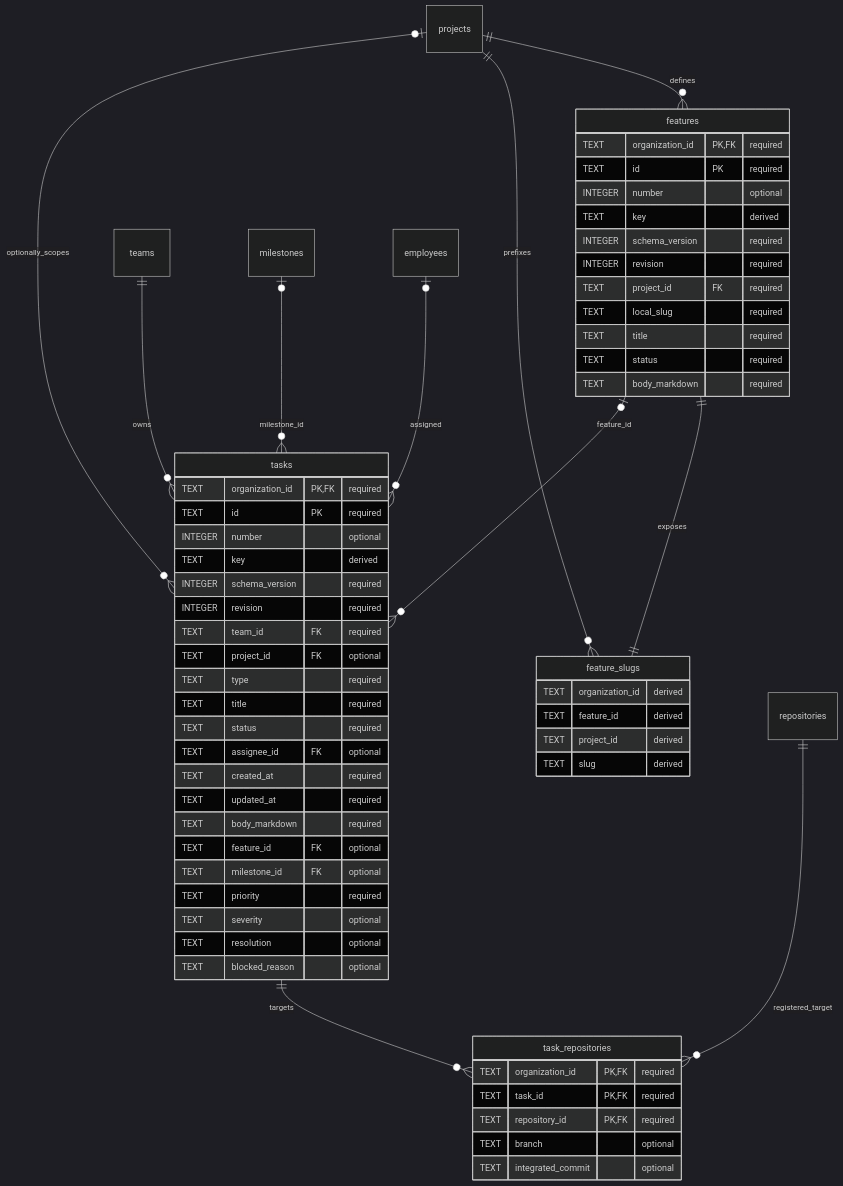
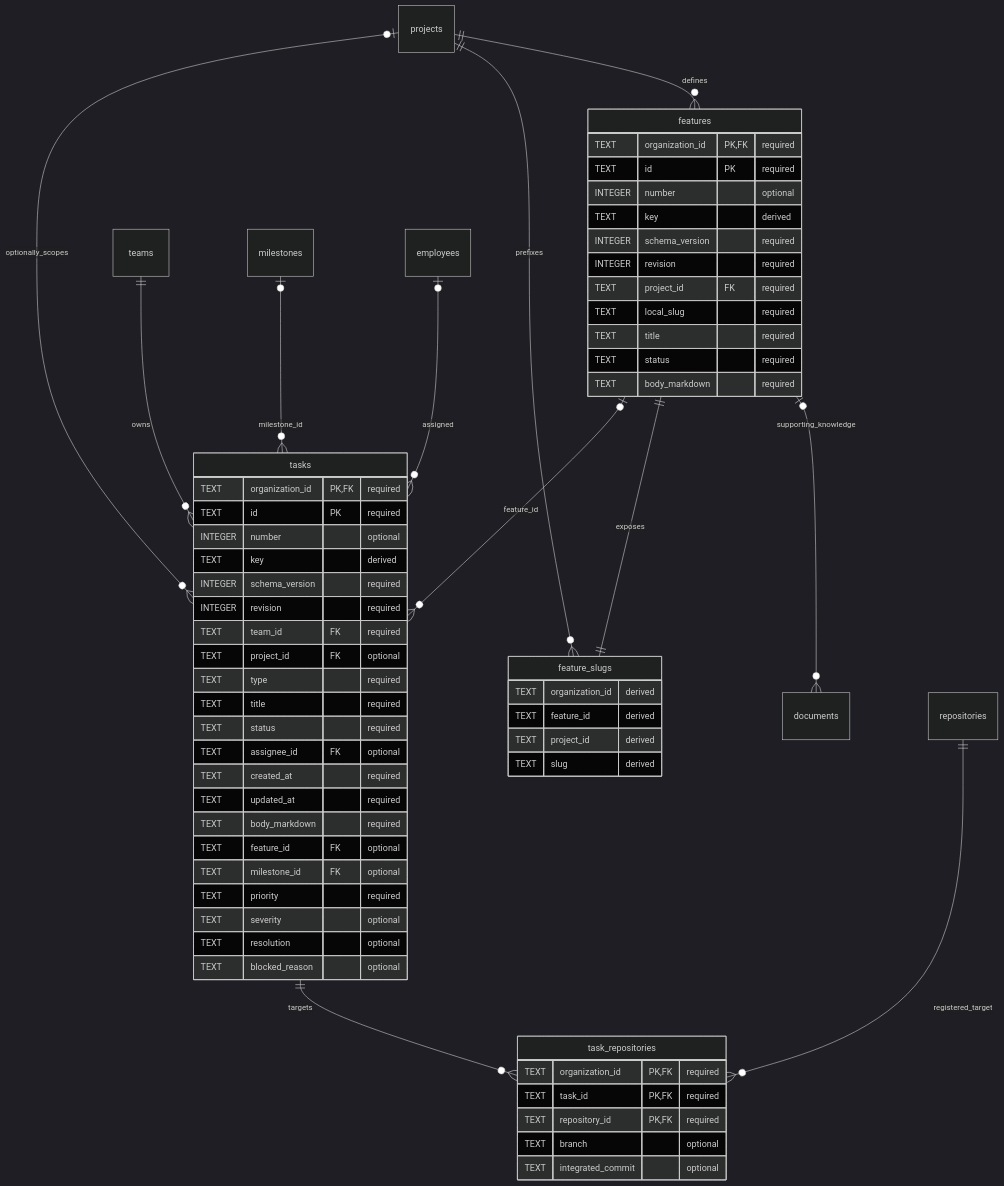
One commit to vgmello/agentic-org changed the first of 2 diagrams in docs/design/organization-data/03-features-and-work.md. Above: the diagram before and after it, drawn with Mermaid (dark theme). The commit also changed other lines of this file and 7 other files, not shown here.

Commit message:
docs: associate supporting knowledge with features

````diff
--- a/docs/design/organization-data/03-features-and-work.md
+++ b/docs/design/organization-data/03-features-and-work.md
@@ -9,62 +9,63 @@
 ```mermaid
 erDiagram
     projects ||--o{ features : defines
+    features o|--o{ documents : supporting_knowledge
     projects ||--o{ feature_slugs : prefixes
     features ||--|| feature_slugs : exposes
     teams ||--o{ tasks : owns
     projects o|--o{ tasks : optionally_scopes
     features o|--o{ tasks : feature_id
     milestones o|--o{ tasks : milestone_id
     employees o|--o{ tasks : assigned
     tasks ||--o{ task_repositories : targets
     repositories ||--o{ task_repositories : registered_target
     features {
         TEXT organization_id PK, FK "required"
         TEXT id PK "required"
         INTEGER number "optional"
         TEXT key "derived"
         INTEGER schema_version "required"
         INTEGER revision "required"
         TEXT project_id FK "required"
         TEXT local_slug "required"
         TEXT title "required"
         TEXT status "required"
         TEXT body_markdown "required"
     }
     feature_slugs {
         TEXT organization_id "derived"
         TEXT feature_id "derived"
         TEXT project_id "derived"
         TEXT slug "derived"
     }
     tasks {
         TEXT organization_id PK, FK "required"
         TEXT id PK "required"
         INTEGER number "optional"
         TEXT key "derived"
         INTEGER schema_version "required"
         INTEGER revision "required"
         TEXT team_id FK "required"
         TEXT project_id FK "optional"
         TEXT type "required"
         TEXT title "required"
         TEXT status "required"
         TEXT assignee_id FK "optional"
         TEXT created_at "required"
         TEXT updated_at "required"
         TEXT body_markdown "required"
         TEXT feature_id FK "optional"
         TEXT milestone_id FK "optional"
         TEXT priority "required"
         TEXT severity "optional"
         TEXT resolution "optional"
         TEXT blocked_reason "optional"
     }
     task_repositories {
         TEXT organization_id PK, FK "required"
         TEXT task_id PK, FK "required"
         TEXT repository_id PK, FK "required"
         TEXT branch "optional"
         TEXT integrated_commit "optional"
     }
 ```
````
